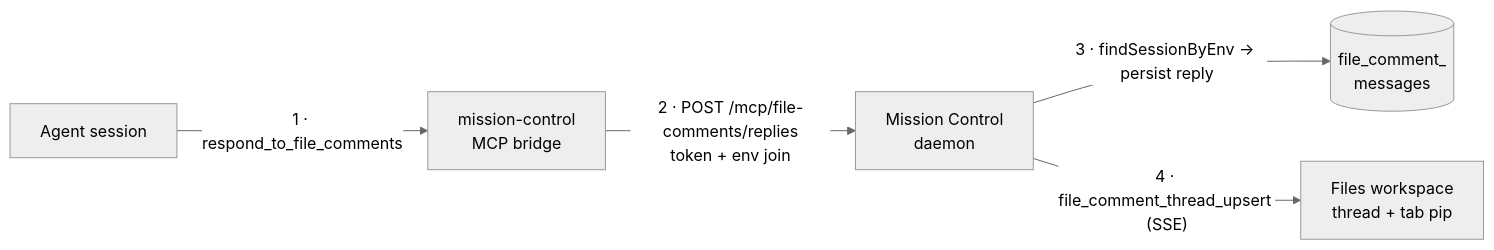
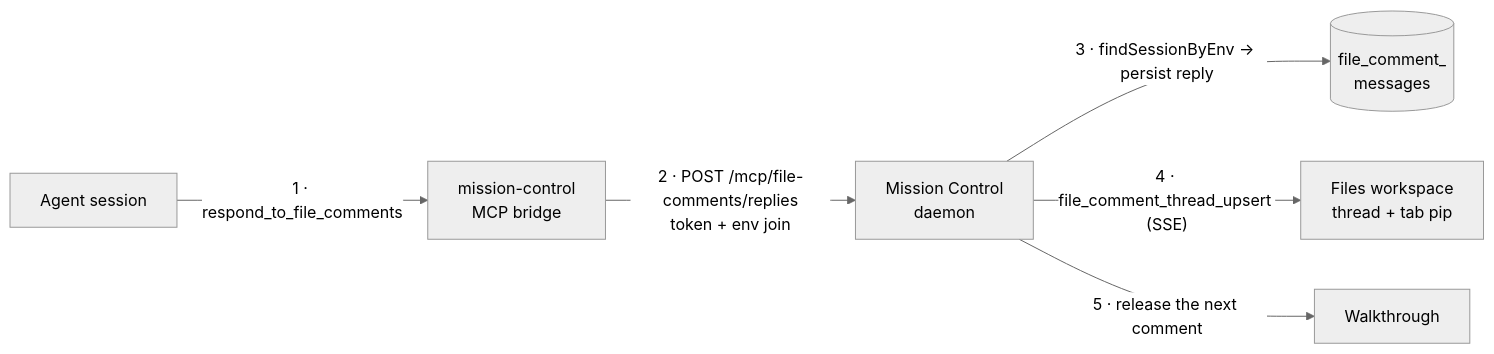
The second of 2 diagrams in docs/plans/files-line-comments/plan.md (teamupstart/mission-control), drawn with Mermaid (neutral theme) before and after one commit. The commit also changed other lines of this file and 1 other file, not shown here.

````diff
--- a/docs/plans/files-line-comments/plan.md
+++ b/docs/plans/files-line-comments/plan.md
@@ -299,7 +337,8 @@
 ```mermaid
 flowchart LR
   S["Agent session"] -->|"1 · respond_to_file_comments"| M["mission-control<br/>MCP bridge"]
   M -->|"2 · POST /mcp/file-comments/replies<br/>token + env join"| D["Mission Control<br/>daemon"]
   D -->|"3 · findSessionByEnv → persist reply"| DB[("file_comment_<br/>messages")]
   D -->|"4 · file_comment_thread_upsert (SSE)"| U["Files workspace<br/>thread + tab pip"]
+  D -->|"5 · release the next comment"| W["Walkthrough"]
 ```
````
